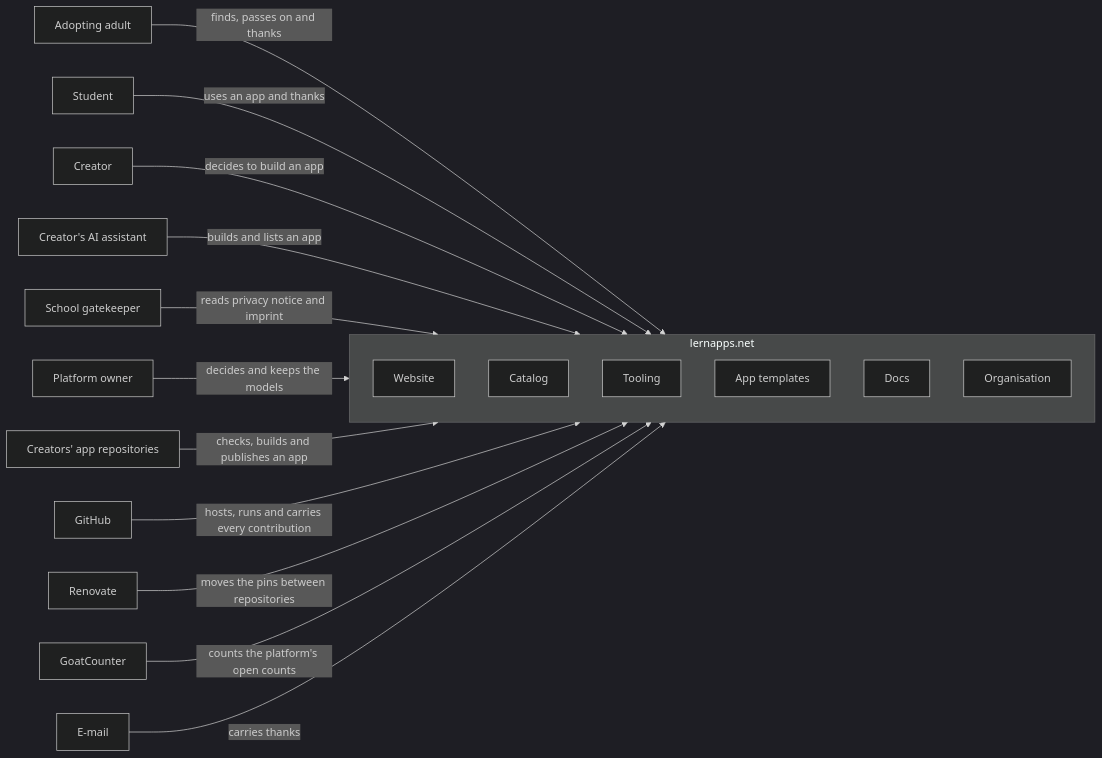
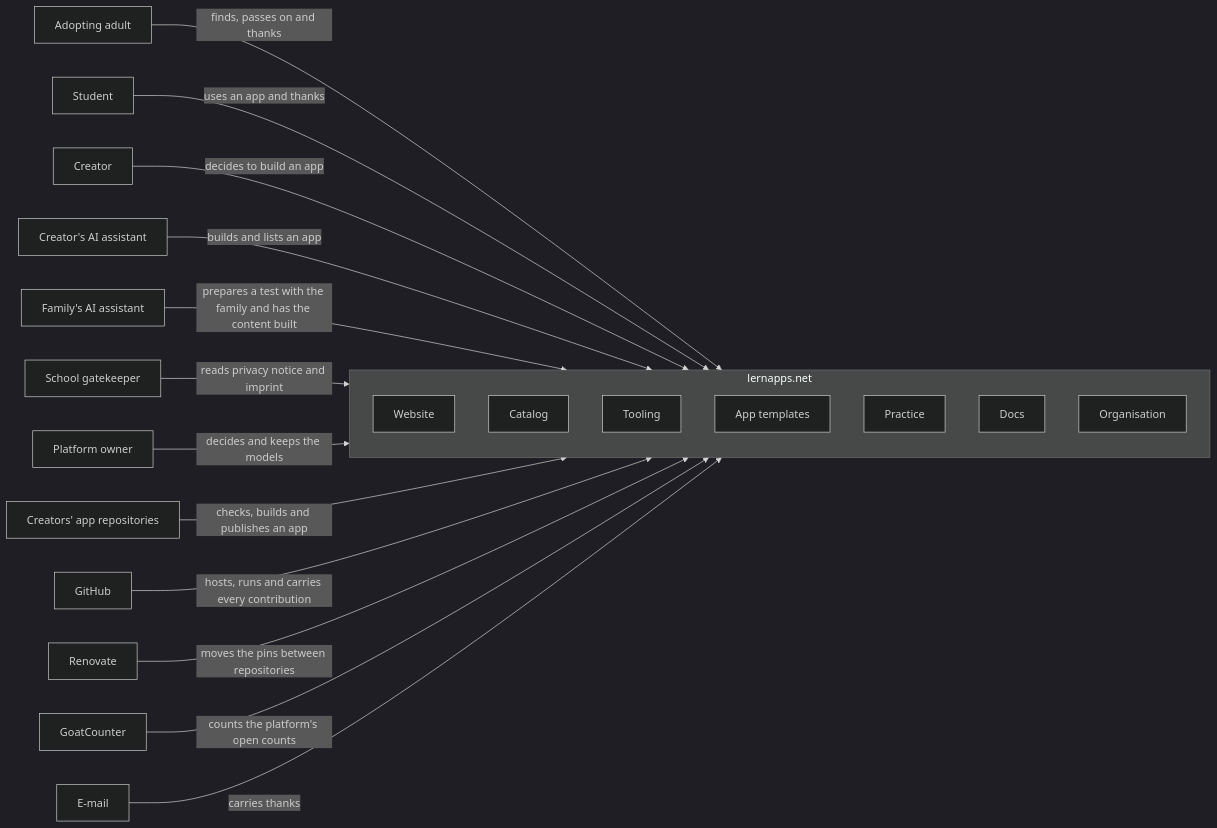
Before and after one commit to lernapps/docs: the diagram in docs/arc42/03-system-context.arc42.md, drawn with Mermaid (dark theme). The commit also changed other lines of this file and 3 other files, not shown here.

````diff
--- a/docs/arc42/03-system-context.arc42.md
+++ b/docs/arc42/03-system-context.arc42.md
@@ -18,33 +18,36 @@
 ```mermaid
 flowchart LR
     actor-adopting-adult["Adopting adult"]
     actor-student["Student"]
     actor-creator["Creator"]
     actor-ai-assistant["Creator's AI assistant"]
+    actor-family-assistant["Family's AI assistant"]
     actor-gatekeeper["School gatekeeper"]
     actor-platform-owner["Platform owner"]
     actor-app-repo-actions["Creators' app repositories"]
     actor-github["GitHub"]
     actor-renovate["Renovate"]
     actor-goatcounter["GoatCounter"]
     actor-email["E-mail"]
     subgraph system["lernapps.net"]
         bb-website["Website"]
         bb-catalog["Catalog"]
         bb-tooling["Tooling"]
         bb-app-templates["App templates"]
+        bb-practice["Practice"]
         bb-docs["Docs"]
         bb-org["Organisation"]
     end
     actor-adopting-adult -->|"finds, passes on and thanks"| system
     actor-student -->|"uses an app and thanks"| system
     actor-creator -->|"decides to build an app"| system
     actor-ai-assistant -->|"builds and lists an app"| system
+    actor-family-assistant -->|"prepares a test with the family and has the content built"| system
     actor-gatekeeper -->|"reads privacy notice and imprint"| system
     actor-platform-owner -->|"decides and keeps the models"| system
     actor-app-repo-actions -->|"checks, builds and publishes an app"| system
     actor-github -->|"hosts, runs and carries every contribution"| system
     actor-renovate -->|"moves the pins between repositories"| system
     actor-goatcounter -->|"counts the platform's open counts"| system
     actor-email -->|"carries thanks"| system
 ```
````
